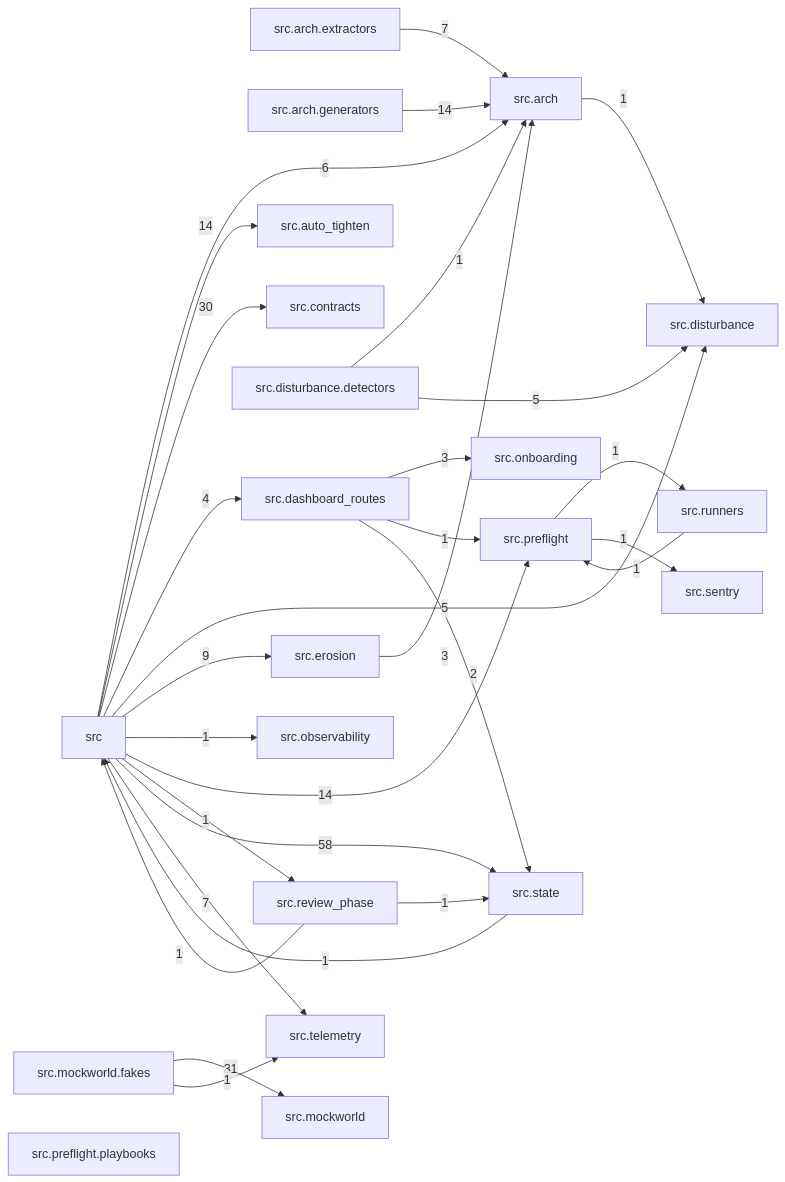
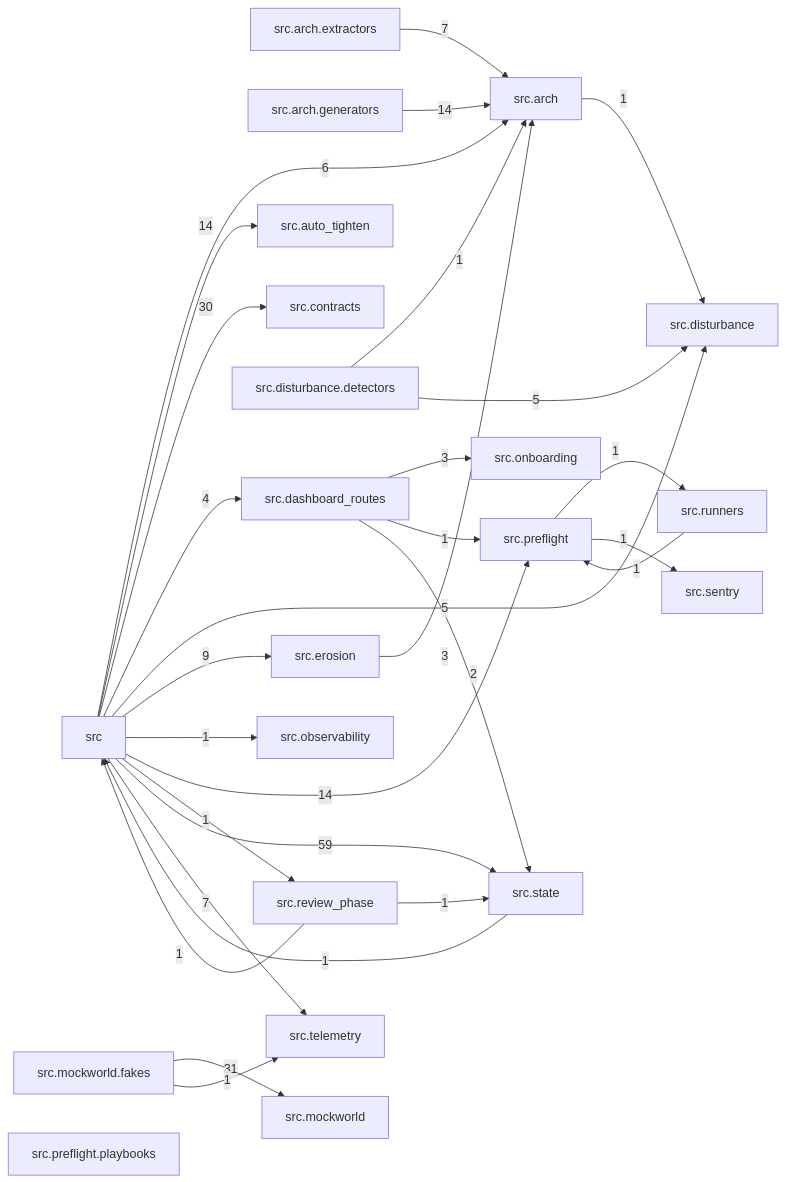
One commit to T-rav/hydraflow changed the diagram in docs/arch/generated/modules.md. Above: the diagram before and after it, drawn with Mermaid. The commit also changed 24 other files, not shown here.

````diff
--- a/docs/arch/generated/modules.md
+++ b/docs/arch/generated/modules.md
@@ -7,52 +7,52 @@
 ```mermaid
 graph LR
     src["src"]
     src_arch["src.arch"]
     src_arch_extractors["src.arch.extractors"]
     src_arch_generators["src.arch.generators"]
     src_auto_tighten["src.auto_tighten"]
     src_contracts["src.contracts"]
     src_dashboard_routes["src.dashboard_routes"]
     src_disturbance["src.disturbance"]
     src_disturbance_detectors["src.disturbance.detectors"]
     src_erosion["src.erosion"]
     src_mockworld["src.mockworld"]
     src_mockworld_fakes["src.mockworld.fakes"]
     src_observability["src.observability"]
     src_onboarding["src.onboarding"]
     src_preflight["src.preflight"]
     src_preflight_playbooks["src.preflight.playbooks"]
     src_review_phase["src.review_phase"]
     src_runners["src.runners"]
     src_sentry["src.sentry"]
     src_state["src.state"]
     src_telemetry["src.telemetry"]
     src -- "6" --> src_arch
     src -- "14" --> src_auto_tighten
     src -- "30" --> src_contracts
     src -- "4" --> src_dashboard_routes
     src -- "5" --> src_disturbance
     src -- "9" --> src_erosion
     src -- "1" --> src_observability
     src -- "14" --> src_preflight
     src -- "1" --> src_review_phase
-    src -- "58" --> src_state
+    src -- "59" --> src_state
     src -- "7" --> src_telemetry
     src_arch -- "1" --> src_disturbance
     src_arch_extractors -- "7" --> src_arch
     src_arch_generators -- "14" --> src_arch
     src_dashboard_routes -- "3" --> src_onboarding
     src_dashboard_routes -- "1" --> src_preflight
     src_dashboard_routes -- "2" --> src_state
     src_disturbance_detectors -- "1" --> src_arch
     src_disturbance_detectors -- "5" --> src_disturbance
     src_erosion -- "3" --> src_arch
     src_mockworld_fakes -- "31" --> src_mockworld
     src_mockworld_fakes -- "1" --> src_telemetry
     src_preflight -- "1" --> src_runners
     src_preflight -- "1" --> src_sentry
     src_review_phase -- "1" --> src
     src_review_phase -- "1" --> src_state
     src_runners -- "1" --> src_preflight
     src_state -- "1" --> src
 ```
````
